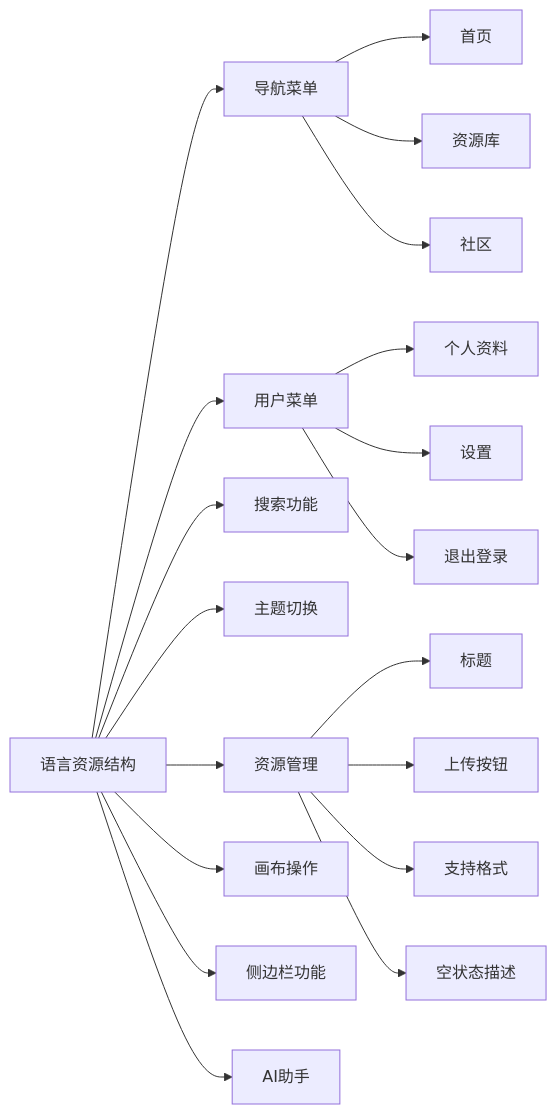
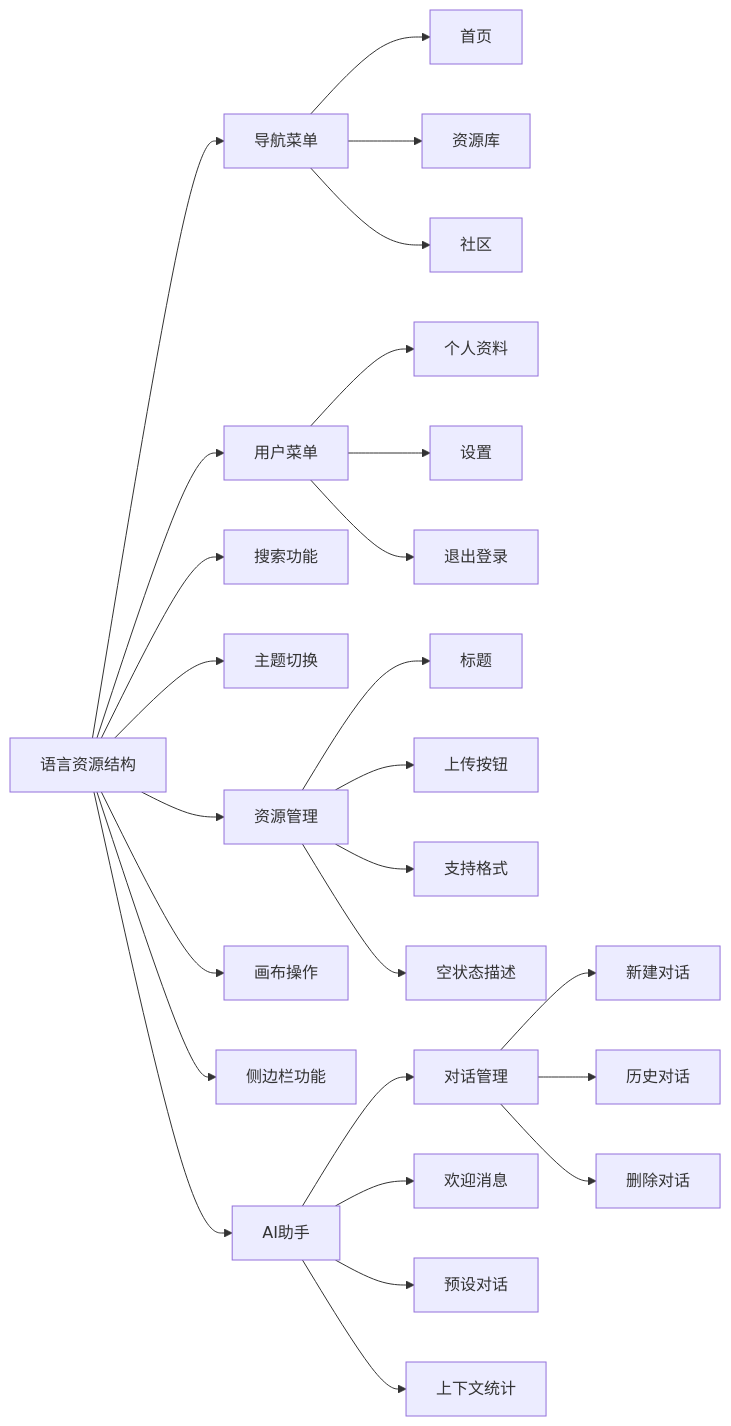
Before and after one commit to KunLabAI/KunFlix: the sixth of 9 diagrams in .qoder/repowiki/zh/content/系统架构/前端架构/国际化系统/国际化系统.md, drawn with Mermaid. The commit also changed other lines of this file and 12 other files, not shown here.

````diff
--- a/.qoder/repowiki/zh/content/系统架构/前端架构/国际化系统/国际化系统.md
+++ b/.qoder/repowiki/zh/content/系统架构/前端架构/国际化系统/国际化系统.md
@@ -258,21 +273,28 @@
 ```mermaid
 graph LR
 A[语言资源结构] --> B[导航菜单]
 A --> C[用户菜单]
 A --> D[搜索功能]
 A --> E[主题切换]
 A --> F[资源管理]
 A --> G[画布操作]
 A --> H[侧边栏功能]
 A --> I[AI助手]
 B --> B1[首页]
 B --> B2[资源库]
 B --> B3[社区]
 C --> C1[个人资料]
 C --> C2[设置]
 C --> C3[退出登录]
 F --> F1[标题]
 F --> F2[上传按钮]
 F --> F3[支持格式]
 F --> F4[空状态描述]
+I --> I1[对话管理]
+I --> I2[欢迎消息]
+I --> I3[预设对话]
+I --> I4[上下文统计]
+I1 --> I1a[新建对话]
+I1 --> I1b[历史对话]
+I1 --> I1c[删除对话]
 ```
````
